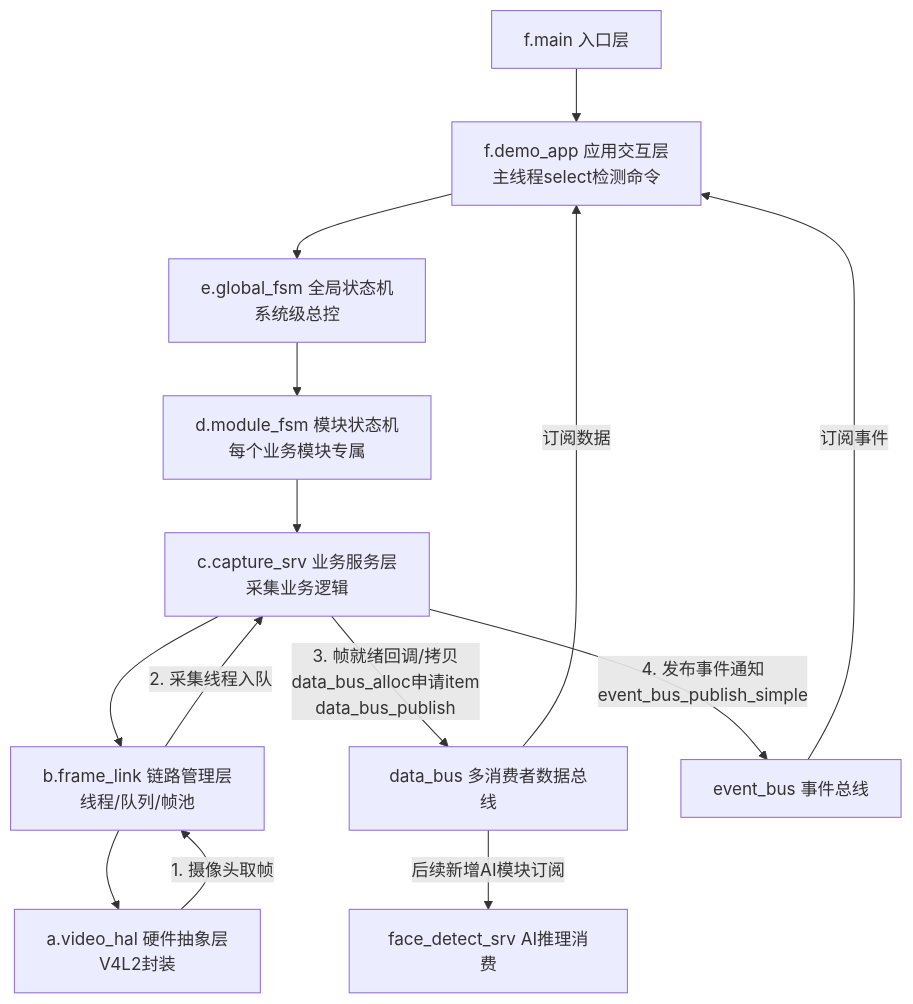
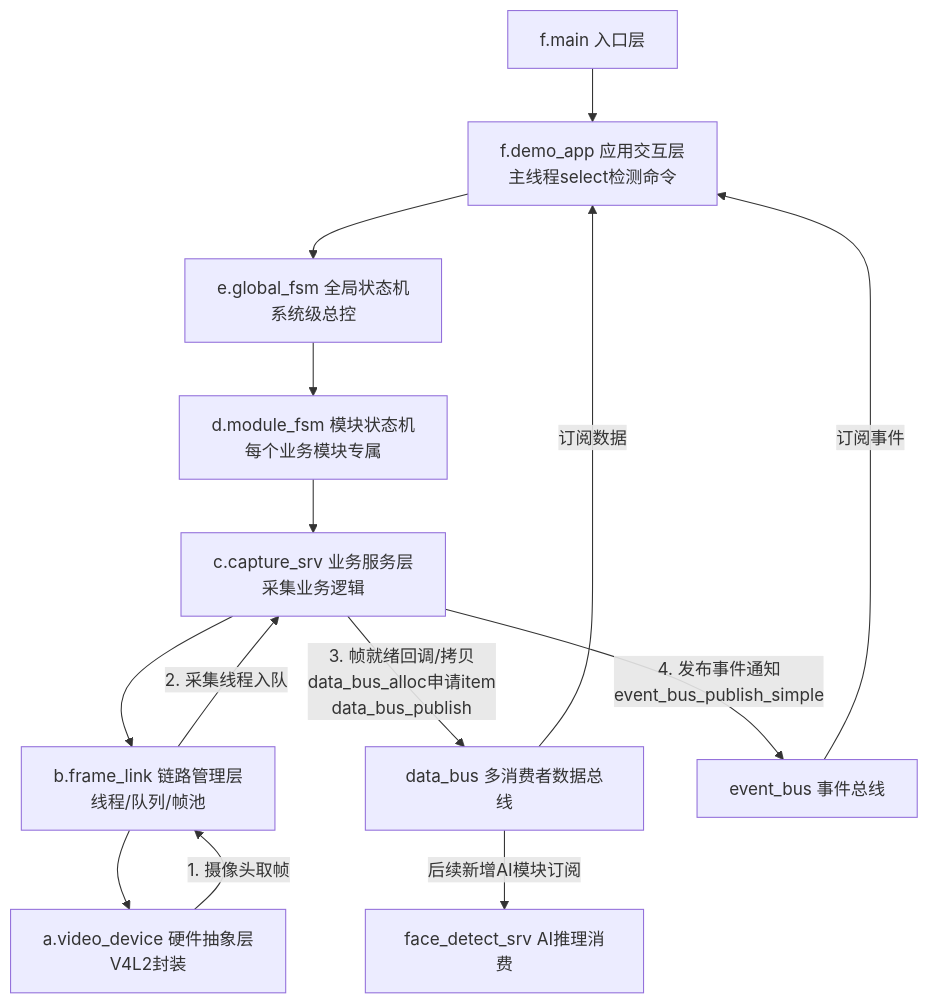
One commit to zhihong1469/plug-lens changed the first of 2 diagrams in documents/architecture.md. Above: the diagram before and after it, drawn with Mermaid. The commit also changed other lines of this file and 16 other files, not shown here.

Commit message:
docs(catalogue):hal--->device ,avoid ambiguity

````diff
--- a/documents/architecture.md
+++ b/documents/architecture.md
@@ -9,28 +9,28 @@
 ```mermaid
 flowchart TD
     %% 定义样式（可选，让图表更好看）
     classDef layer fill:#e1f5fe,stroke:#01579b,stroke-width:2px;
     class A,B,C,D,E,F,G layer;
 
     %% 1. 主控制流（从上到下）
     A[f.main 入口层] --> B[f.demo_app 应用交互层\n主线程select检测命令]
     B --> C[e.global_fsm 全局状态机\n系统级总控]
     C --> D[d.module_fsm 模块状态机\n每个业务模块专属]
     D --> E[c.capture_srv 业务服务层\n采集业务逻辑]
     E --> F[b.frame_link 链路管理层\n线程/队列/帧池]
-    F --> G[a.video_hal 硬件抽象层\nV4L2封装]
+    F --> G[a.video_device 硬件抽象层\nV4L2封装]
 
     %% 2. 数据回环与总线交互（从下往上/横向）
     %% 硬件取帧 -> 入队v
     G -- "1. 摄像头取帧" --> F
     F -- "2. 采集线程入队" --> E
     
     %% 业务层处理 -> 总线
     E -- "3. 帧就绪回调/拷贝\ndata_bus_alloc申请item\ndata_bus_publish" --> H[data_bus 多消费者数据总线]
     E -- "4. 发布事件通知\nevent_bus_publish_simple" --> I[event_bus 事件总线]
 
     %% 3. 消费端（应用层与AI）
     I -- "订阅事件" --> B
     H -- "订阅数据" --> B
     H -- "后续新增AI模块订阅" --> J[face_detect_srv AI推理消费]
 ```
````
